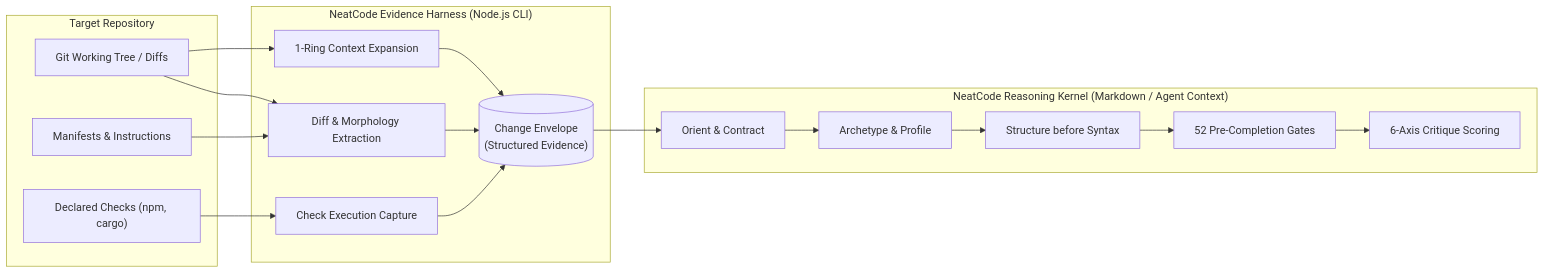
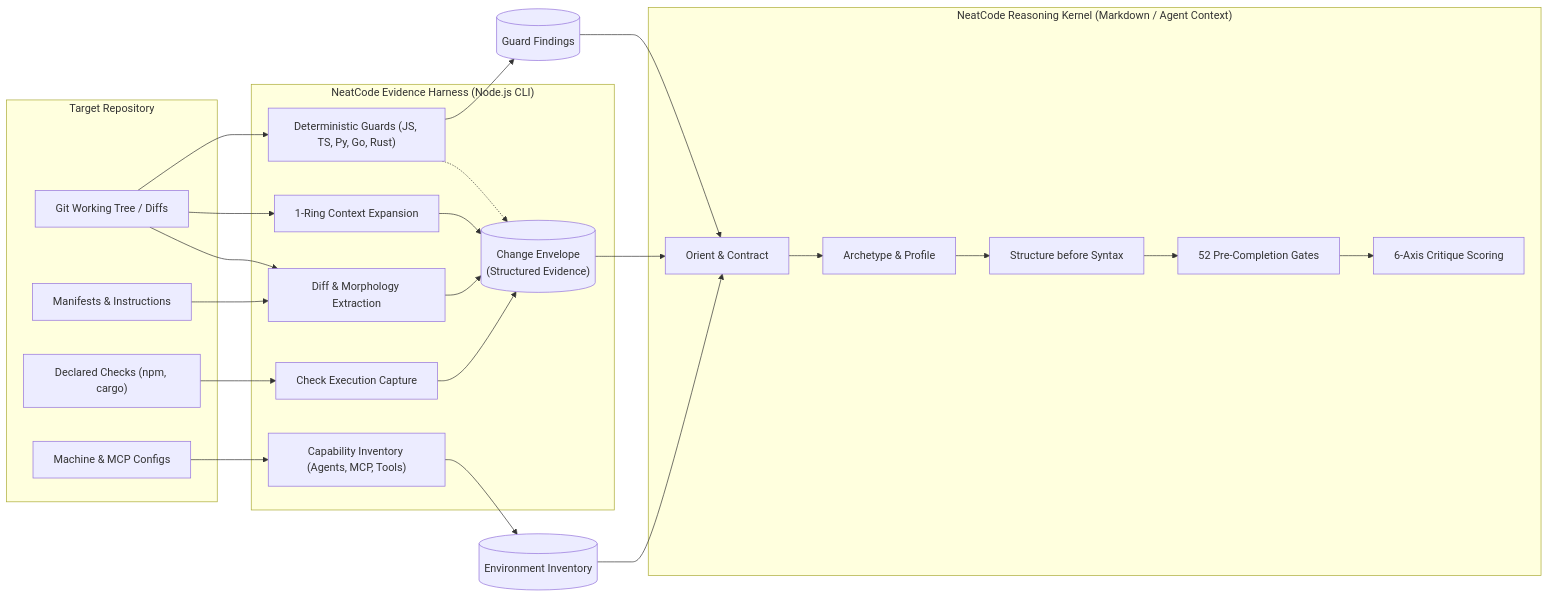
The diagram in docs/README.md (GodSpeedAI/NeatCode), drawn with Mermaid before and after one commit. The commit also changed other lines of this file and 212 other files, not shown here.

Commit message:
feat: add multi-language code guards, environment tools, and ecosystem references

````diff
--- a/docs/README.md
+++ b/docs/README.md
@@ -21,38 +21,48 @@
 ```mermaid
 flowchart LR
     subgraph HostRepo["Target Repository"]
         GitTree["Git Working Tree / Diffs"]
         RepoMeta["Manifests & Instructions"]
         Proof["Declared Checks (npm, cargo)"]
+        EnvCaps["Machine & MCP Configs"]
     end
 
     subgraph NeatCodeHarness["NeatCode Evidence Harness (Node.js CLI)"]
         Acquire["Diff & Morphology Extraction"]
         ContextRing["1-Ring Context Expansion"]
         Verify["Check Execution Capture"]
+        Guards["Deterministic Guards (JS, TS, Py, Go, Rust)"]
+        EnvInv["Capability Inventory (Agents, MCP, Tools)"]
         Envelope[("Change Envelope<br/>(Structured Evidence)")]
     end
 
     subgraph AgentSkill["NeatCode Reasoning Kernel (Markdown / Agent Context)"]
         Orient["Orient & Contract"]
         Archetype["Archetype & Profile"]
         PreCritique["Structure before Syntax"]
         Gates["52 Pre-Completion Gates"]
         Score["6-Axis Critique Scoring"]
     end
 
     GitTree --> Acquire
     RepoMeta --> Acquire
     GitTree --> ContextRing
     Proof --> Verify
+    GitTree --> Guards
+    EnvCaps --> EnvInv
 
     Acquire --> Envelope
     ContextRing --> Envelope
     Verify --> Envelope
+    Guards -.-> Envelope
+    Guards --> GuardOut[("Guard Findings")]
+    EnvInv --> EnvOut[("Environment Inventory")]
 
     Envelope --> Orient
+    GuardOut --> Orient
+    EnvOut --> Orient
     Orient --> Archetype
     Archetype --> PreCritique
     PreCritique --> Gates
     Gates --> Score
 ```
````
